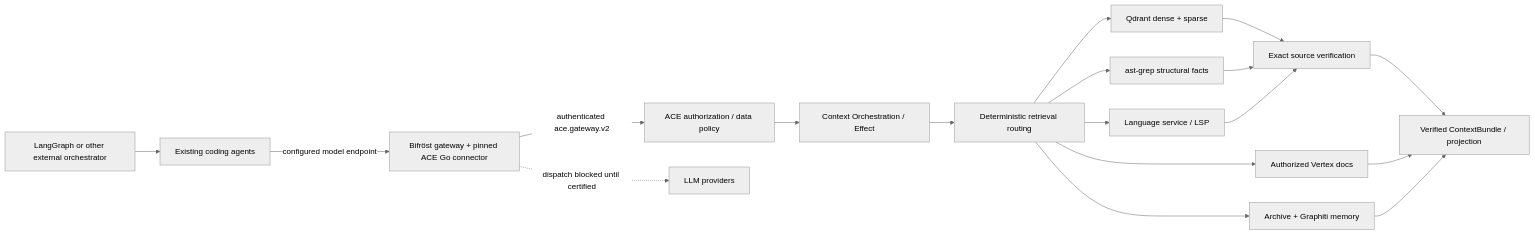
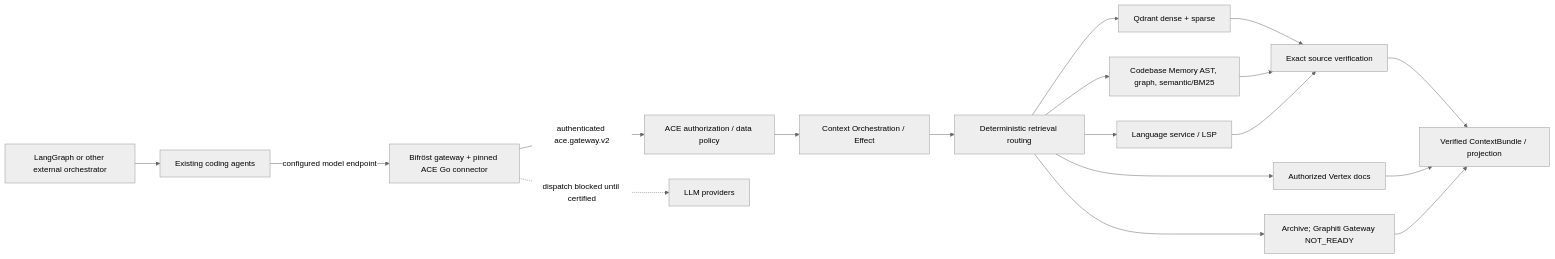
Before and after one commit to chris-madsen/Hybrid-RAG: the diagram in docs/docs/architecture/07-architecture-fitness-contracts.md, drawn with Mermaid (neutral theme). The commit also changed other lines of this file and 4 other files, not shown here.

Commit message:
docs: align DBC code graph and mark disabled full-memory E2E limits

````diff
--- a/docs/docs/architecture/07-architecture-fitness-contracts.md
+++ b/docs/docs/architecture/07-architecture-fitness-contracts.md
@@ -13,20 +13,20 @@
 ```mermaid
 flowchart LR
   LG["LangGraph or other external orchestrator"] --> A["Existing coding agents"]
   A -->|"configured model endpoint"| B["Bifröst gateway + pinned ACE Go connector"]
   B -->|"authenticated ace.gateway.v2"| Gate["ACE authorization / data policy"]
   B -.->|"dispatch blocked until certified"| P["LLM providers"]
   Gate --> O["Context Orchestration / Effect"]
   O --> Plan["Deterministic retrieval routing"]
   Plan --> Q["Qdrant dense + sparse"]
-  Plan --> AST["ast-grep structural facts"]
+  Plan --> AST["Codebase Memory AST, graph, semantic/BM25"]
   Plan --> LS["Language service / LSP"]
   Plan --> Docs["Authorized Vertex docs"]
-  Plan --> Mem["Archive + Graphiti memory"]
+  Plan --> Mem["Archive; Graphiti Gateway NOT_READY"]
   Q --> V["Exact source verification"]
   AST --> V
   LS --> V
   V --> Bundle["Verified ContextBundle / projection"]
   Docs --> Bundle
   Mem --> Bundle
 ```
````
